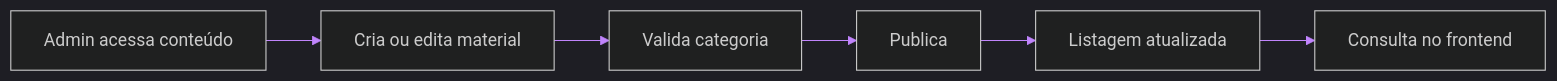
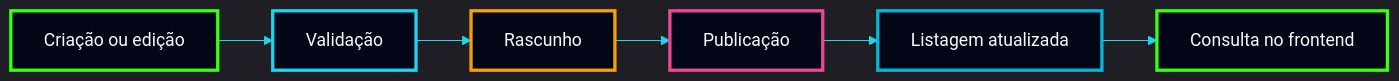
The tenth of 12 diagrams in Terra Conecta — Proposta Institucional, Comercial e Técnica.md (NickDevHolz/Terra-Conecta), drawn with Mermaid before and after one commit. The commit also changed other lines of this file, not shown here.

````diff
--- a/Terra Conecta — Proposta Institucional, Comercial e Técnica.md
+++ b/Terra Conecta — Proposta Institucional, Comercial e Técnica.md
@@ -552,19 +1016,34 @@
 ```mermaid
 %%{init: {
 'theme':'dark',
 'themeVariables':{
 'background':'#020617',
-'primaryColor':'#06efff',
+'mainBkg':'#020617',
+'secondBkg':'#0f172a',
+'tertiaryColor':'#111827',
+'primaryColor':'#22d3ee',
 'primaryTextColor':'#f8fafc',
-'primaryBorderColor':'#22c55e',
-'lineColor':'#c084fc',
+'primaryBorderColor':'#39ff14',
 'secondaryColor':'#0f172a',
-'tertiaryColor':'#111827'
+'secondaryTextColor':'#e2e8f0',
+'secondaryBorderColor':'#a855f7',
+'lineColor':'#22d3ee',
+'textColor':'#f8fafc',
+'clusterBkg':'#020617',
+'clusterBorder':'#a855f7',
+'defaultLinkColor':'#22d3ee'
 }}}%%
 flowchart LR
-A[Admin acessa conteúdo] --> B[Cria ou edita material]
-B --> C[Valida categoria]
-C --> D[Publica]
+A[Criação ou edição] --> B[Validação]
+B --> C[Rascunho]
+C --> D[Publicação]
 D --> E[Listagem atualizada]
 E --> F[Consulta no frontend]
+
+style A fill:#020617,stroke:#39ff14,stroke-width:3px,color:#f8fafc
+style B fill:#020617,stroke:#22d3ee,stroke-width:3px,color:#f8fafc
+style C fill:#020617,stroke:#f59e0b,stroke-width:3px,color:#f8fafc
+style D fill:#020617,stroke:#ec4899,stroke-width:3px,color:#f8fafc
+style E fill:#020617,stroke:#06b6d4,stroke-width:3px,color:#f8fafc
+style F fill:#020617,stroke:#39ff14,stroke-width:3px,color:#f8fafc
 ```
````
